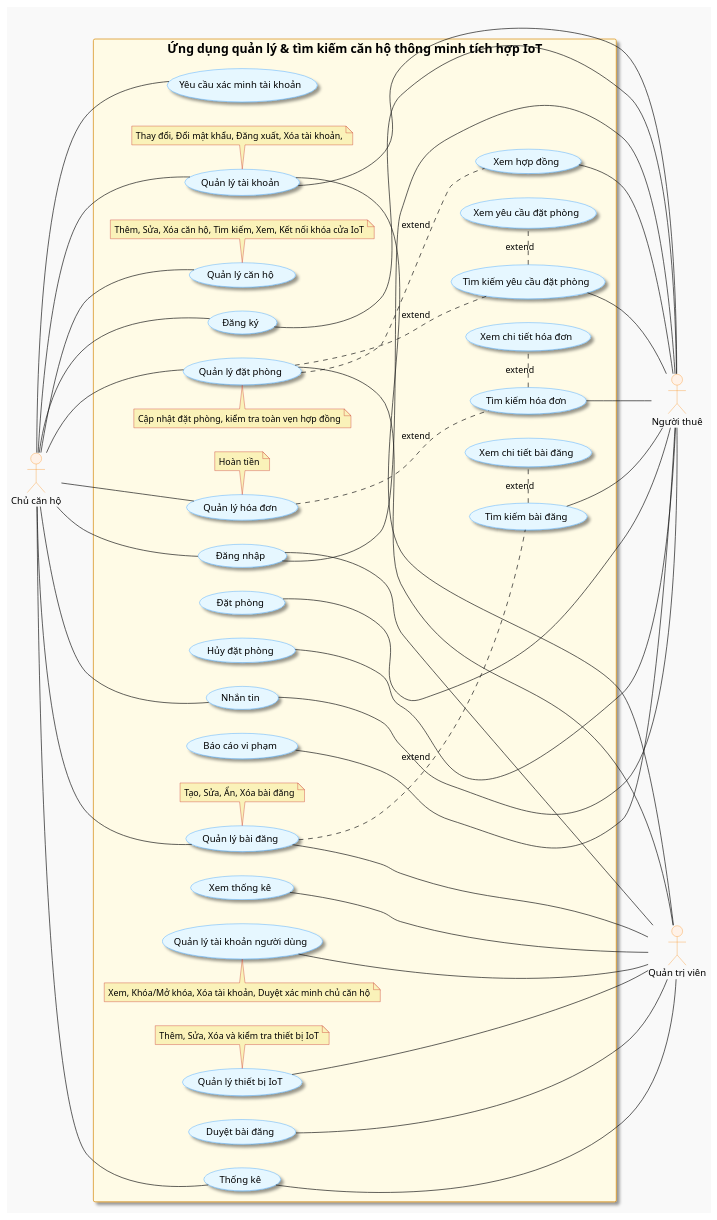
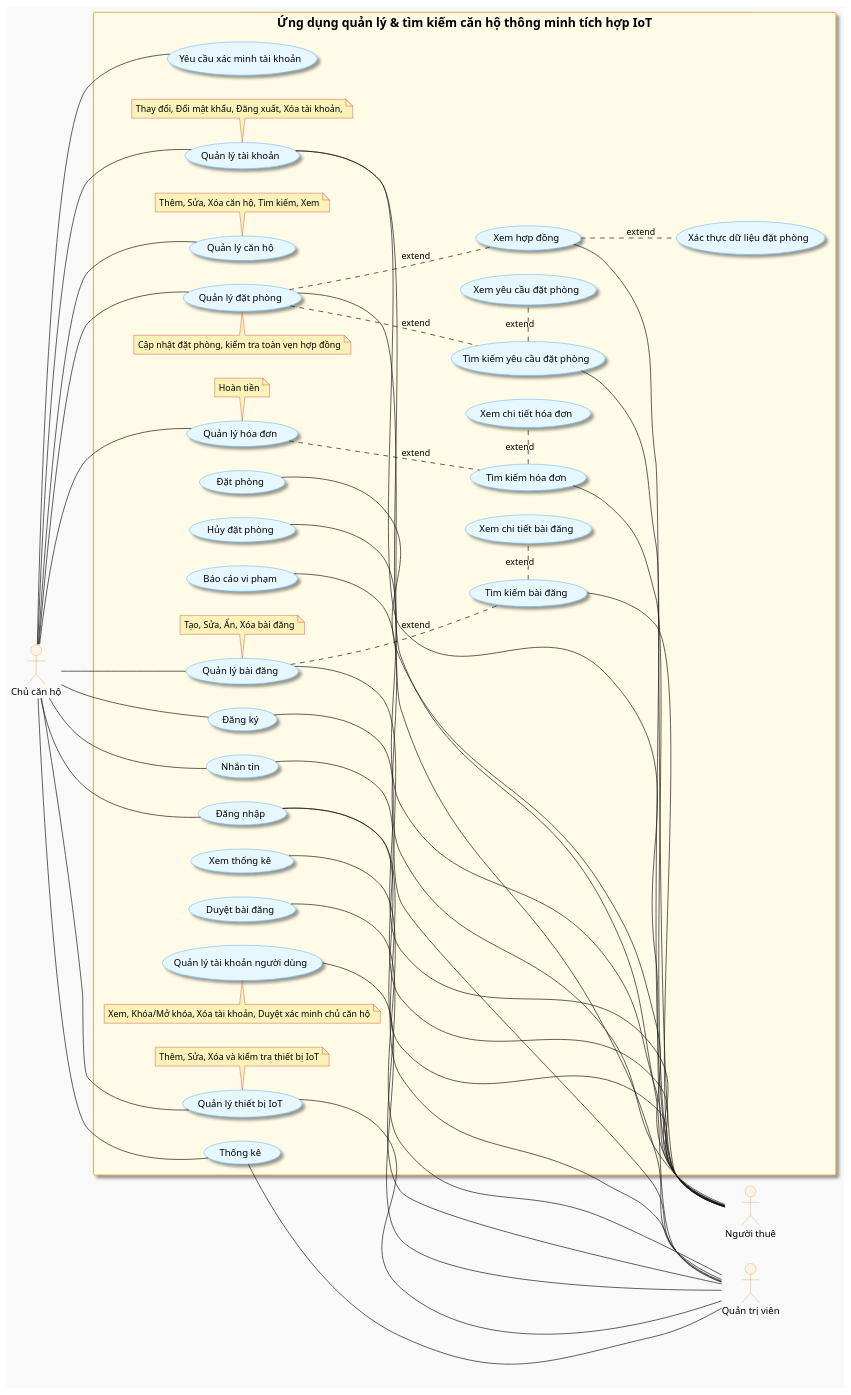
One commit to nho-moi-so/quan-ly-tim-kiem-phong-tro changed the diagram in diagrams/usecase.puml. Above: the diagram before and after it, drawn with PlantUML. The commit also changed 1 other file, not shown here.

Commit message:
feat: Update class diagram and use case diagram with improved method names and additional use case for booking data verification

```diff
--- a/diagrams/usecase.puml
+++ b/diagrams/usecase.puml
@@ -2,145 +2,148 @@
 @startuml usecase-diagram
 skinparam shadowing false
 skinparam backgroundColor #f9f9f9
 skinparam usecase {
     BackgroundColor #e6f7ff
     BorderColor #1890ff
     FontColor #000000
     FontSize 14
     Shadowing true
 }
 skinparam actor {
     BackgroundColor #fff2e8
     BorderColor #fa8c16
     FontColor #000000
     FontSize 14
 }
 skinparam rectangle {
     BackgroundColor #fffbe6
     BorderColor #d48806
     FontColor #000000
     FontSize 18
     Shadowing true
 }
 skinparam note{
     BackgroundColor #faf2b9
     BorderColor #c51c1c
 }
 left to right direction
 
 actor "Quản trị viên" as Admin
 actor "Người thuê" as Guest
 actor "Chủ căn hộ" as Owner
 
 rectangle "Ứng dụng quản lý & tìm kiếm căn hộ thông minh tích hợp IoT"{
 ' Các chức năng của Chủ căn hộ
 ' usecase "Đăng xuất" as logout
 usecase "Đăng nhập" as login
 usecase "Đăng ký" as register
 usecase "Quản lý tài khoản" as manage_account
 note bottom of manage_account: Thay đổi, Đổi mật khẩu, Đăng xuất, Xóa tài khoản,
 usecase "Yêu cầu xác minh tài khoản" as request_owner_verification
 
 usecase "Quản lý căn hộ" as manage_apartment
-note bottom of manage_apartment: Thêm, Sửa, Xóa căn hộ, Tìm kiếm, Xem, Kết nối khóa cửa IoT
+note bottom of manage_apartment: Thêm, Sửa, Xóa căn hộ, Tìm kiếm, Xem
 ' usecase "Kết nối khóa cửa IoT" as connect_iot_lock
 ' manage_apartment .. connect_iot_lock: extend
 
 usecase "Quản lý đặt phòng" as manage_booking
 note top of manage_booking: Cập nhật đặt phòng, kiểm tra toàn vẹn hợp đồng
 usecase "Xem hợp đồng" as view_booking_contract
 manage_booking .. view_booking_contract: extend
 usecase "Quản lý hóa đơn" as manage_invoice
 note bottom of manage_invoice: Hoàn tiền
 usecase "Quản lý bài đăng" as manage_post
 note bottom of manage_post: Tạo, Sửa, Ẩn, Xóa bài đăng
 usecase "Nhắn tin" as messaging
 usecase "Thống kê" as statistics
+usecase "Xác thực dữ liệu đặt phòng" as verify_booking_data
+view_booking_contract .. verify_booking_data: extend
 
 ' Các chức năng của Người thuê
 ' usecase "Quản lý tài khoản" as manage_account
 ' usecase "Đăng xuất" as logout
 ' usecase "Đăng nhập" as login
 ' usecase "Đăng ký" as register
 ' usecase "Tìm kiếm căn hộ" as search_apartment
 ' usecase "Xem chi tiết căn hộ" as view_apartment_details
 ' manage_apartment .. search_apartment: extend
 ' search_apartment . view_apartment_details: extend
 
 usecase "Đặt phòng" as book_apartment
 usecase "Hủy đặt phòng" as cancel_booking
 
 usecase "Tìm kiếm yêu cầu đặt phòng" as search_booking
 manage_booking .. search_booking: extend
 usecase "Xem yêu cầu đặt phòng" as view_booking_requests
 search_booking . view_booking_requests: extend
 
 
 usecase "Tìm kiếm hóa đơn" as search_invoices
 manage_invoice .. search_invoices: extend
 usecase "Xem chi tiết hóa đơn" as view_invoice_details
 search_invoices . view_invoice_details: extend
 usecase "Tìm kiếm bài đăng" as search_posts
 manage_post .. search_posts: extend
 usecase "Xem chi tiết bài đăng" as view_post_details
 search_posts . view_post_details: extend
 ' usecase "Nhắn tin" as messaging
 
 usecase "Báo cáo vi phạm" as report_violation
 
 ' Các chức năng của Quản trị viên
 usecase "Quản lý tài khoản người dùng" as manage_user_accounts
 note top of manage_user_accounts: Xem, Khóa/Mở khóa, Xóa tài khoản, Duyệt xác minh chủ căn hộ
 ' usecase "Đăng xuất" as logout
 ' usecase "Đăng nhập" as login
 ' usecase "Đổi mật khẩu" as change_password
 ' manage_account .. change_password: extend
 'usecase "Quản lý bài đăng" as manage_post
 usecase "Duyệt bài đăng" as approve_posts
 ' usecase "Thống kê" as statistics
 usecase "Xem thống kê" as view_statistics
 usecase "Quản lý thiết bị IoT" as manage_iot_devices
 note bottom of manage_iot_devices: Thêm, Sửa, Xóa và kiểm tra thiết bị IoT
 
 ' nối các usecase
 'Chủ căn hộ
 (Owner) -- (login)
 (Owner) -- (register)
 (Owner) -- (manage_account)
 (request_owner_verification) - (Owner)
 (Owner) -- (manage_apartment)
 (Owner) -- (manage_booking)
 (Owner) -- (manage_invoice)
 (Owner) -- (manage_post)
 (Owner) -- (messaging)
 (Owner) -- (statistics)
+(Owner) -- (manage_iot_devices)
 
 
 'Người thuê
 (register) - (Guest)
 (login) - (Guest)
 (manage_account) -- (Guest)
 (search_posts) -- (Guest)
 (book_apartment) - (Guest)
 (cancel_booking) - (Guest)
 (search_booking) -- (Guest)
 (search_invoices) -- (Guest)
 (view_booking_contract) -- (Guest)
 (messaging) - (Guest)
 (report_violation) - (Guest)
 
 'Quản trị viên
 (login) --- (Admin)
 (manage_user_accounts) - (Admin)
 (manage_account) -- (Admin)
 (manage_post) -- (Admin)
 (approve_posts) - (Admin)
 ' (change_password) -- (Admin)
 (statistics) - (Admin)
 (view_statistics) -- (Admin)
 (manage_iot_devices) - (Admin)
 (manage_booking) -- (Admin)
 
 
 }
 @enduml
```
